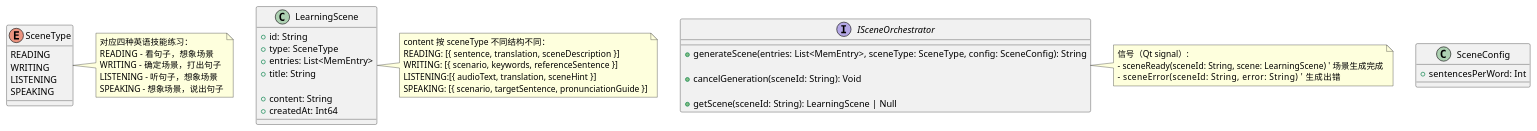
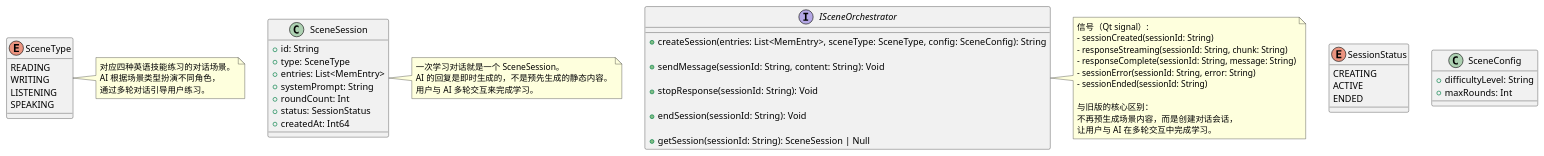
Before and after one commit to weiiiyan/MaiMemoAiChatDoc: the diagram in 02-系统设计/2.2-接口设计/学习场景编排模块接口.pu, drawn with PlantUML. The commit also changed 3 other files, not shown here.

```diff
--- a/02-系统设计/2.2-接口设计/学习场景编排模块接口.pu
+++ b/02-系统设计/2.2-接口设计/学习场景编排模块接口.pu
@@ -1,73 +1,91 @@
 @startuml 学习场景编排模块接口
 
 ' ==================== 枚举 ====================
 
 enum SceneType {
   READING
   WRITING
   LISTENING
   SPEAKING
 }
 
 note right of SceneType
-  对应四种英语技能练习：
-  READING  - 看句子，想象场景
-  WRITING  - 确定场景，打出句子
-  LISTENING - 听句子，想象场景
-  SPEAKING - 想象场景，说出句子
+  对应四种英语技能练习的对话场景。
+  AI 根据场景类型扮演不同角色，
+  通过多轮对话引导用户练习。
 end note
+
+enum SessionStatus {
+  CREATING
+  ACTIVE
+  ENDED
+}
 
 ' ==================== 数据模型 ====================
 
 class SceneConfig {
-  ' 每条词汇生成几个场景句子
-  + sentencesPerWord: Int
+  ' 难度级别（beginner / intermediate / advanced）
+  + difficultyLevel: String
+  ' 最大对话轮数（0 = 无限制）
+  + maxRounds: Int
 }
 
-class LearningScene {
-  ' 场景唯一标识
+class SceneSession {
+  ' 会话唯一标识
   + id: String
   ' 场景类型
   + type: SceneType
-  ' 本条场景覆盖的词汇
+  ' 本场景覆盖的词汇
   + entries: List<MemEntry>
-  ' 场景标题
-  + title: String
-
-  ' ——— 场景内容 ———
-  ' 结构化场景数据（JSON）
-  + content: String
-  ' 场景生成时间
+  ' 系统提示词（createSession 时根据 type 和 entries 生成）
+  + systemPrompt: String
+  ' 当前对话轮数
+  + roundCount: Int
+  ' 会话状态
+  + status: SessionStatus
+  ' 创建时间
   + createdAt: Int64
 }
 
-note right of LearningScene
-  content 按 sceneType 不同结构不同：
-  READING:  [{ sentence, translation, sceneDescription }]
-  WRITING:  [{ scenario, keywords, referenceSentence }]
-  LISTENING:[{ audioText, translation, sceneHint }]
-  SPEAKING: [{ scenario, targetSentence, pronunciationGuide }]
+note right of SceneSession
+  一次学习对话就是一个 SceneSession。
+  AI 的回复是即时生成的，不是预先生成的静态内容。
+  用户与 AI 多轮交互来完成学习。
 end note
 
 ' ==================== 接口定义 ====================
 
 interface "ISceneOrchestrator" {
 
-  ' 异步生成指定类型的学习场景，返回 sceneId
-  ' 结果通过 sceneReady / sceneError 信号返回
-  + generateScene(entries: List<MemEntry>, sceneType: SceneType, config: SceneConfig): String
+  ' 创建学习对话会话，设置 AI 角色与初始提示词，返回 sessionId
+  ' 异步：会话创建完成后通过 sessionCreated 信号通知
+  + createSession(entries: List<MemEntry>, sceneType: SceneType, config: SceneConfig): String
 
-  ' 取消正在生成的场景
-  + cancelGeneration(sceneId: String): Void
+  ' 在学习对话中发送用户消息
+  ' AI 回复通过 responseStreaming / responseComplete 信号异步返回
+  + sendMessage(sessionId: String, content: String): Void
 
-  ' 获取已生成的场景内容
-  + getScene(sceneId: String): LearningScene | Null
+  ' 停止当前 AI 响应生成
+  + stopResponse(sessionId: String): Void
+
+  ' 结束学习对话，释放相关资源
+  + endSession(sessionId: String): Void
+
+  ' 获取会话信息（可用于恢复会话）
+  + getSession(sessionId: String): SceneSession | Null
 }
 
 note right of ISceneOrchestrator
   信号（Qt signal）:
-  - sceneReady(sceneId: String, scene: LearningScene)  ' 场景生成完成
-  - sceneError(sceneId: String, error: String)         ' 生成出错
+  - sessionCreated(sessionId: String)
+  - responseStreaming(sessionId: String, chunk: String)
+  - responseComplete(sessionId: String, message: String)
+  - sessionError(sessionId: String, error: String)
+  - sessionEnded(sessionId: String)
+
+  与旧版的核心区别：
+  不再预生成场景内容，而是创建对话会话，
+  让用户与 AI 在多轮交互中完成学习。
 end note
 
 @enduml
```
